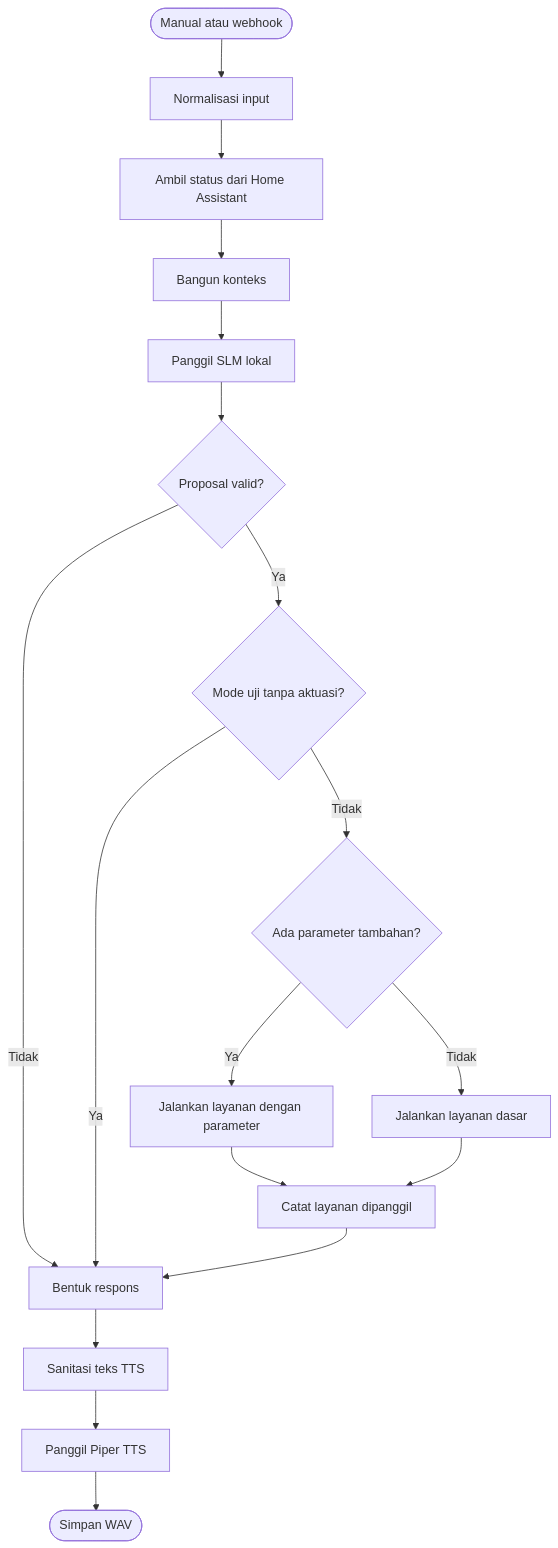
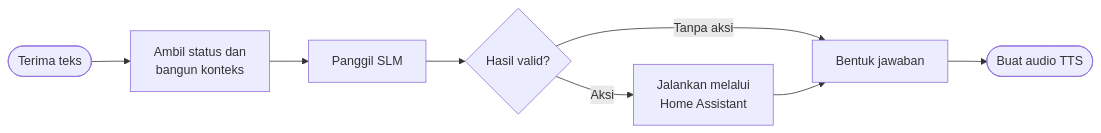
One commit to context-dteti/smartlab-assistant changed the diagram in docs/components/n8n.md. Above: the diagram before and after it, drawn with Mermaid. The commit also changed other lines of this file and 15 other files, not shown here.

````diff
--- a/docs/components/n8n.md
+++ b/docs/components/n8n.md
@@ -9,23 +11,13 @@
 ```mermaid
-flowchart TB
+flowchart LR
     accTitle: Alur Keputusan n8n
-    accDescr: Jalur dari input, pembacaan status perangkat, keputusan SLM, pemeriksaan hasil, pengendalian perangkat, sampai penyimpanan audio
+    accDescr: Ringkasan enam tahap utama dari penerimaan teks hingga jawaban suara; rincian setiap node tersedia pada tabel di bawah diagram
 
-    input([Manual atau webhook]) --> normalize[Normalisasi input]
-    normalize --> states[Ambil status dari Home Assistant]
-    states --> context[Bangun konteks]
-    context --> inference[Panggil SLM lokal]
-    inference --> validate{Proposal valid?}
-    validate -->|Tidak| response[Bentuk respons]
-    validate -->|Ya| dry_run{Mode uji tanpa aktuasi?}
-    dry_run -->|Ya| response
-    dry_run -->|Tidak| service_data{Ada parameter tambahan?}
-    service_data -->|Ya| call_data[Jalankan layanan dengan parameter]
-    service_data -->|Tidak| call_basic[Jalankan layanan dasar]
-    call_data --> mark[Catat layanan dipanggil]
-    call_basic --> mark
-    mark --> response
-    response --> sanitize[Sanitasi teks TTS]
-    sanitize --> tts[Panggil Piper TTS]
-    tts --> wav([Simpan WAV])
+    input([Terima teks]) --> context[Ambil status dan<br/>bangun konteks]
+    context --> inference[Panggil SLM]
+    inference --> validate{Hasil valid?}
+    validate -->|Aksi| execute[Jalankan melalui<br/>Home Assistant]
+    validate -->|Tanpa aksi| response[Bentuk jawaban]
+    execute --> response
+    response --> tts([Buat audio TTS])
 ```
````
